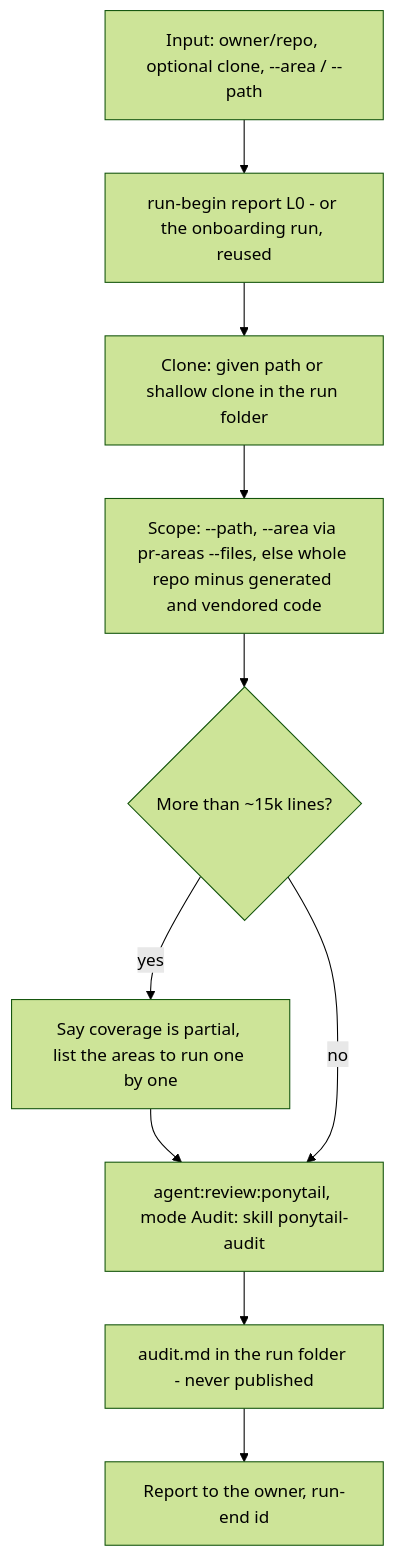
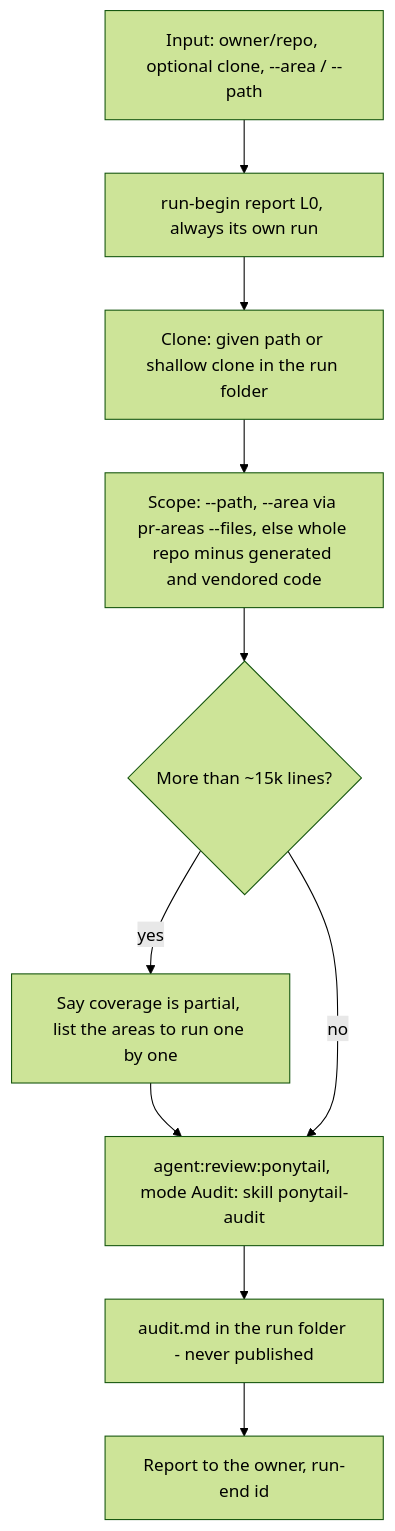
Before and after one commit to nicolasmondain/adorno: the second of 2 diagrams in src/workflows/repo/SCHEMA.md, drawn with Mermaid (forest theme). The commit also changed other lines of this file and 16 other files, not shown here.

First line of the commit message:
fix(workflows): run repo:audit in its own L0 run

````diff
--- a/src/workflows/repo/SCHEMA.md
+++ b/src/workflows/repo/SCHEMA.md
@@ -26,16 +27,16 @@
 ```mermaid
 flowchart TD
   IN["Input: owner/repo, optional clone, --area / --path"]
-  RB["run-begin report L0 - or the onboarding run, reused"]
+  RB["run-begin report L0, always its own run"]
   CL["Clone: given path or shallow clone in the run folder"]
   SC["Scope: --path, --area via pr-areas --files, else whole repo minus generated and vendored code"]
   BIG{"More than ~15k lines?"}
   WARN["Say coverage is partial, list the areas to run one by one"]
   AG["agent:review:ponytail, mode Audit: skill ponytail-audit"]
   OUT["audit.md in the run folder - never published"]
   RE["Report to the owner, run-end id"]
   IN --> RB --> CL --> SC --> BIG
   BIG -->|yes| WARN --> AG
   BIG -->|no| AG
   AG --> OUT --> RE
 ```
````
